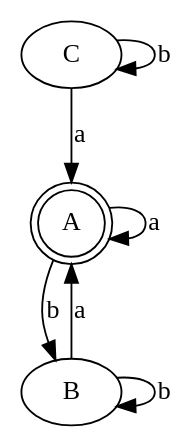
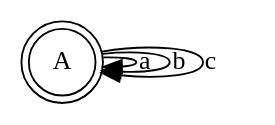
Before and after one commit to OM234/Discrete-Math-FSA-Assignment-2: the diagram in PA2.dot, drawn with Graphviz. The commit also changed 3 other files, not shown here.

```diff
--- a/PA2.dot
+++ b/PA2.dot
@@ -1,11 +1,6 @@
 digraph{
 	A [root=true, shape=doublecircle]
-	B
-	C
 	A -> A [label="a"]
-	A -> B [label="b"]
-	B -> A [label="a"]
-	B -> B [label="b"]
-	C -> A [label="a"]
-	C -> C [label="b"]
+	A -> A [label="b"]
+	A -> A [label="c"]
 	}
```
